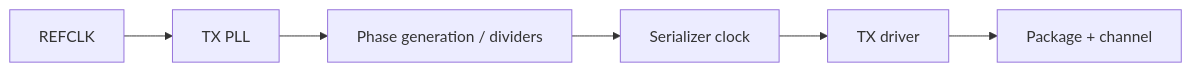
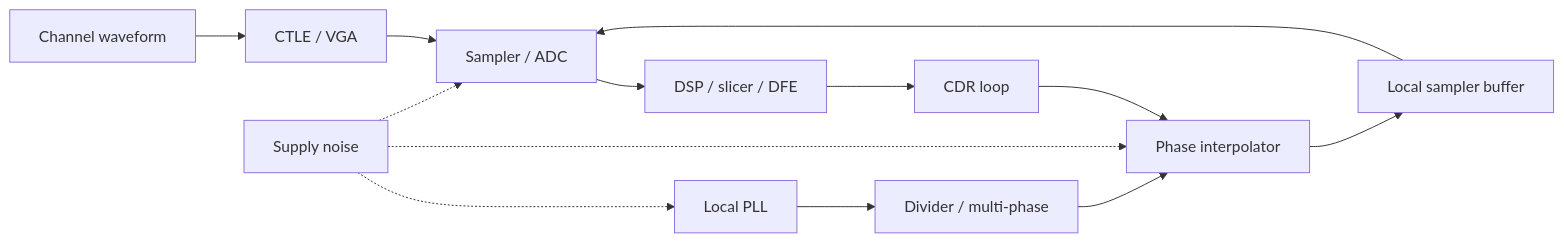
One commit to uopuwe/Second_Brain changed the fifth of 8 diagrams in 01_AnalogIC_SerDes/PLL_CDR_Clocking/pll_phase_noise_jitter.md. Above: the diagram before and after it, drawn with Mermaid. The commit also changed other lines of this file and 21 other files, not shown here.

Commit message:
combined phase_noise_jitter and pll_phase_noise_jitter

````diff
--- a/01_AnalogIC_SerDes/PLL_CDR_Clocking/pll_phase_noise_jitter.md
+++ b/01_AnalogIC_SerDes/PLL_CDR_Clocking/pll_phase_noise_jitter.md
@@ -728,8 +677,15 @@
 ```mermaid
 flowchart LR
-  REF[REFCLK] --> PLL[TX PLL]
-  PLL --> PH[Phase generation / dividers]
-  PH --> SER[Serializer clock]
-  SER --> DRV[TX driver]
-  DRV --> CH[Package + channel]
+  CH[Channel waveform] --> CTLE[CTLE / VGA]
+  CTLE --> SAM[Sampler / ADC]
+  PLL[Local PLL] --> DIV[Divider / multi-phase]
+  DIV --> PI[Phase interpolator]
+  PI --> BUF[Local sampler buffer]
+  BUF --> SAM
+  SAM --> DSP[DSP / slicer / DFE]
+  DSP --> CDR[CDR loop]
+  CDR --> PI
+  SUP[Supply noise] -.-> PLL
+  SUP -.-> PI
+  SUP -.-> SAM
 ```
````
